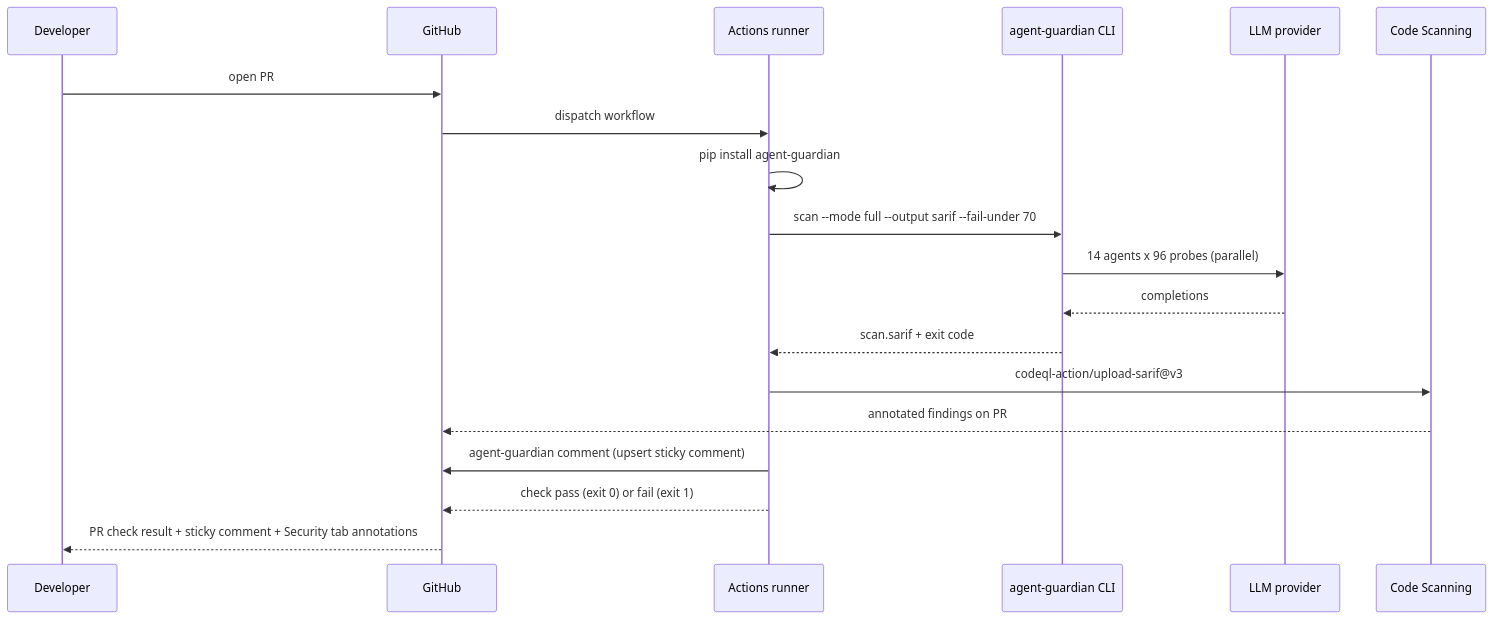
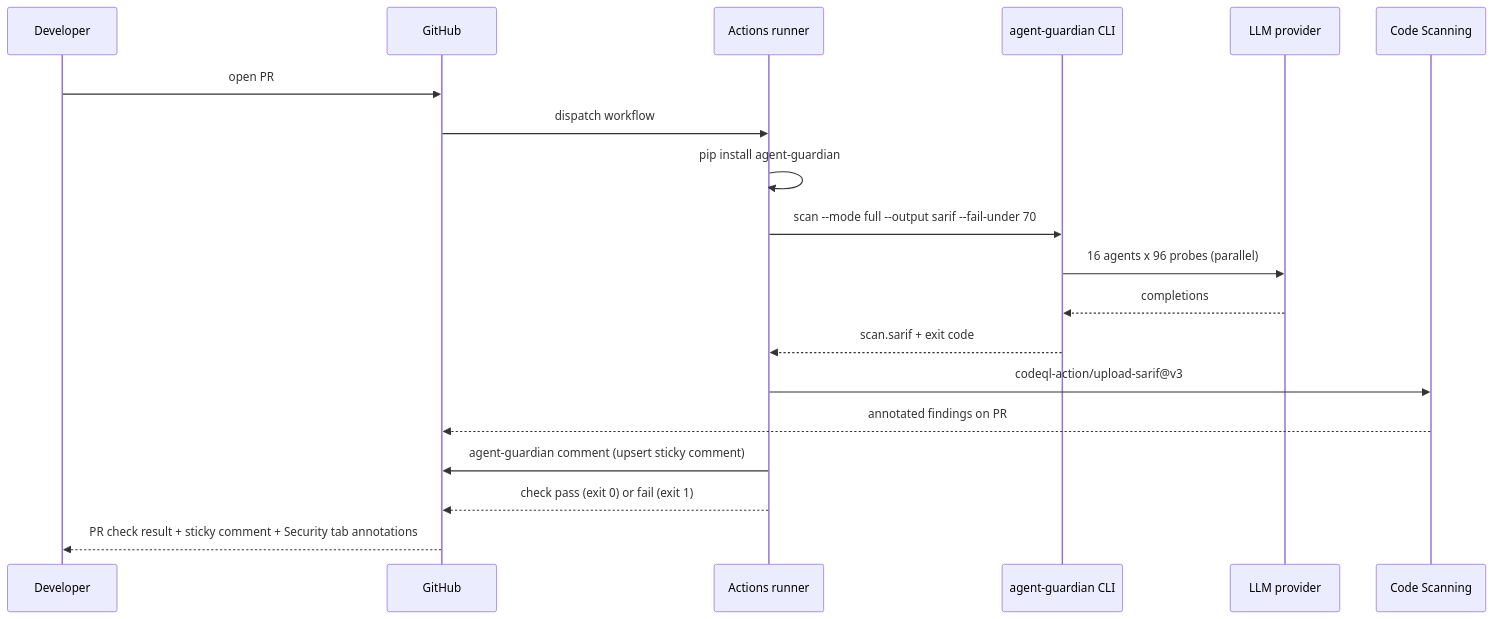
Before and after one commit to glacien-technologies/agent-guardian: the diagram in docs/ci-cd/github-actions.mdx, drawn with Mermaid. The commit also changed 43 other files, not shown here.

````diff
--- a/docs/ci-cd/github-actions.mdx
+++ b/docs/ci-cd/github-actions.mdx
@@ -112,22 +112,22 @@
 ```mermaid
 sequenceDiagram
     participant Dev as Developer
     participant GH as GitHub
     participant Runner as Actions runner
     participant AG as agent-guardian CLI
     participant LLM as LLM provider
     participant CS as Code Scanning
 
     Dev->>GH: open PR
     GH->>Runner: dispatch workflow
     Runner->>Runner: pip install agent-guardian
     Runner->>AG: scan --mode full --output sarif --fail-under 70
-    AG->>LLM: 14 agents x 96 probes (parallel)
+    AG->>LLM: 16 agents x 96 probes (parallel)
     LLM-->>AG: completions
     AG-->>Runner: scan.sarif + exit code
     Runner->>CS: codeql-action/upload-sarif@v3
     CS-->>GH: annotated findings on PR
     Runner->>GH: agent-guardian comment (upsert sticky comment)
     Runner-->>GH: check pass (exit 0) or fail (exit 1)
     GH-->>Dev: PR check result + sticky comment + Security tab annotations
 ```
````
